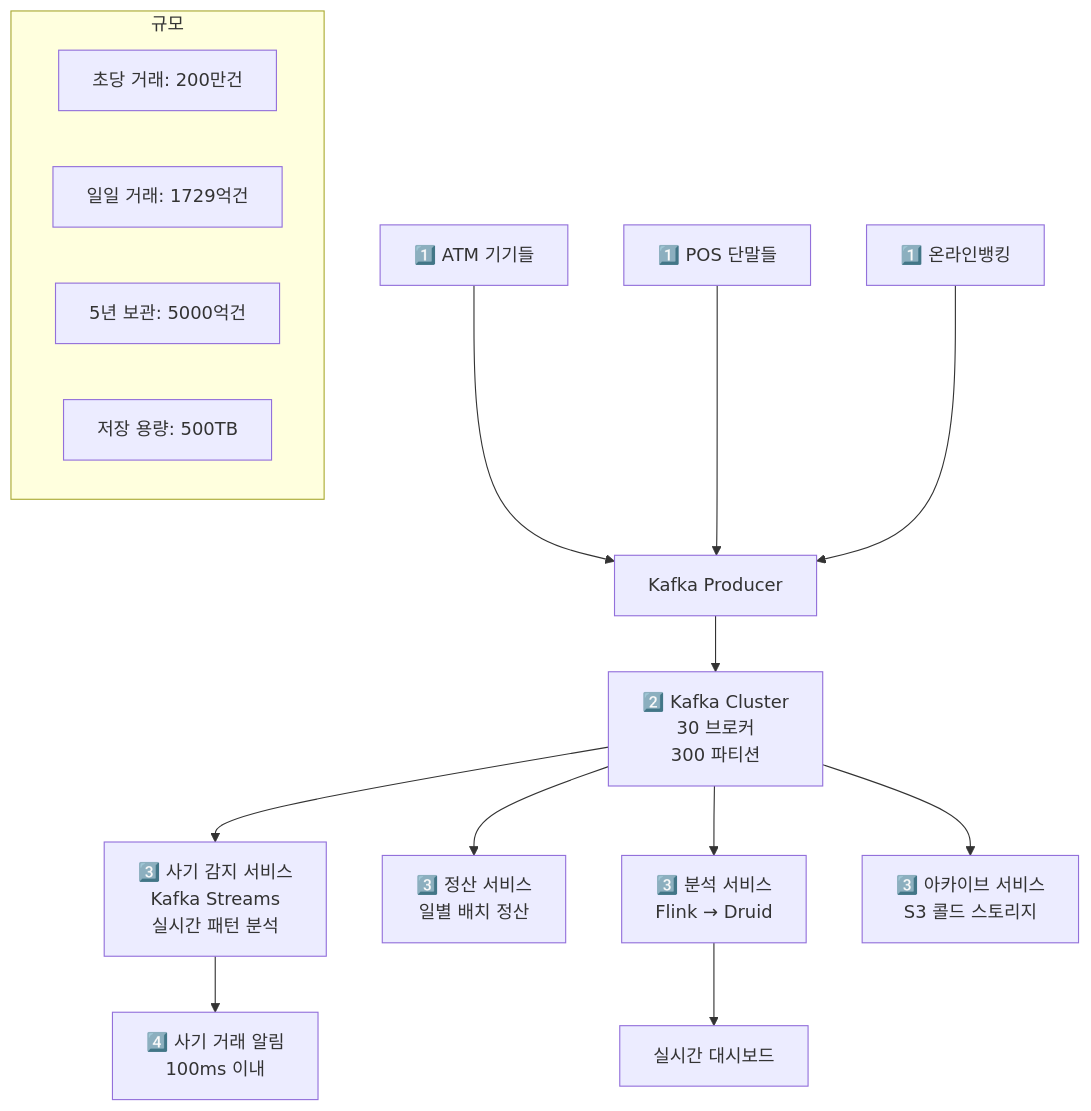
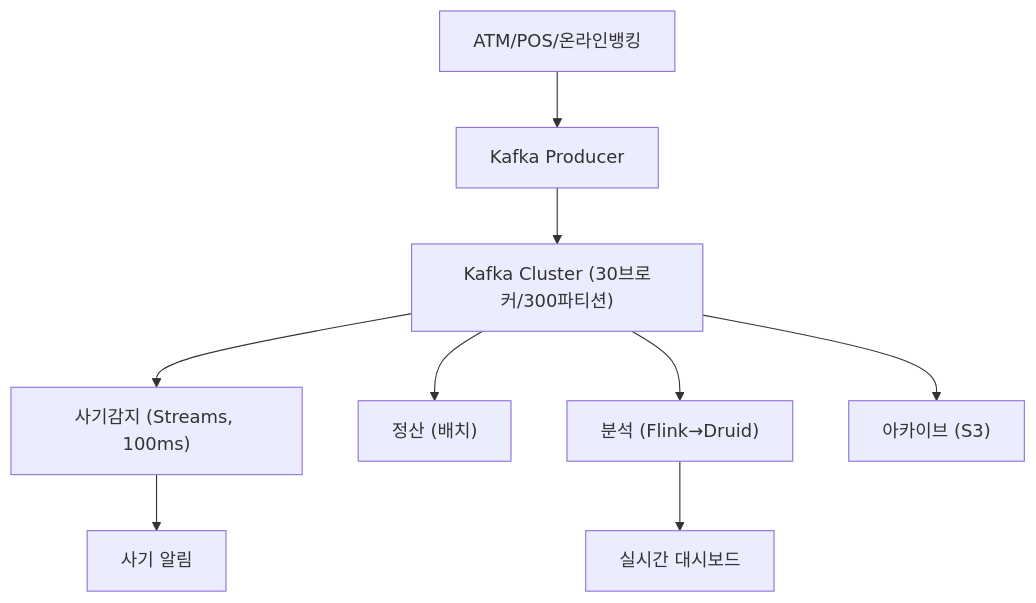
One commit to yjkim2015/yjkim2015.github.io changed the tenth of 12 diagrams in _posts/kafka/2026-05-02-kafka-deep.md. Above: the diagram before and after it, drawn with Mermaid. The commit also changed other lines of this file and 215 other files, not shown here.

First line of the commit message:
신규 포스트 10개 추가 + Mermaid 전면 축소 + SystemDesign 시리즈 보강

````diff
--- a/_posts/kafka/2026-05-02-kafka-deep.md
+++ b/_posts/kafka/2026-05-02-kafka-deep.md
@@ -642,23 +582,11 @@
 ```mermaid
 graph TD
-    ATM["1️⃣ ATM 기기들"] --> Producer[Kafka Producer]
-    POS["1️⃣ POS 단말들"] --> Producer
-    OnlineBanking["1️⃣ 온라인뱅킹"] --> Producer
-
-    Producer --> KafkaCluster["2️⃣ Kafka Cluster\n30 브로커\n300 파티션"]
-
-    KafkaCluster --> FraudDetect["3️⃣ 사기 감지 서비스\nKafka Streams\n실시간 패턴 분석"]
-    KafkaCluster --> Settlement["3️⃣ 정산 서비스\n일별 배치 정산"]
-    KafkaCluster --> Analytics["3️⃣ 분석 서비스\nFlink → Druid"]
-    KafkaCluster --> Archiver["3️⃣ 아카이브 서비스\nS3 콜드 스토리지"]
-
-    FraudDetect --> Alert["4️⃣ 사기 거래 알림\n100ms 이내"]
-    Analytics --> Dashboard["실시간 대시보드"]
-
-    subgraph "규모"
-        Scale1["초당 거래: 200만건"]
-        Scale2["일일 거래: 1729억건"]
-        Scale3["5년 보관: 5000억건"]
-        Scale4["저장 용량: 500TB"]
-    end
+    SRC["ATM/POS/온라인뱅킹"] --> P["Kafka Producer"]
+    P --> KC["Kafka Cluster (30브로커/300파티션)"]
+    KC --> FD["사기감지 (Streams, 100ms)"]
+    KC --> ST["정산 (배치)"]
+    KC --> AN["분석 (Flink→Druid)"]
+    KC --> AR["아카이브 (S3)"]
+    FD --> Alert["사기 알림"]
+    AN --> Dashboard["실시간 대시보드"]
 ```
````
